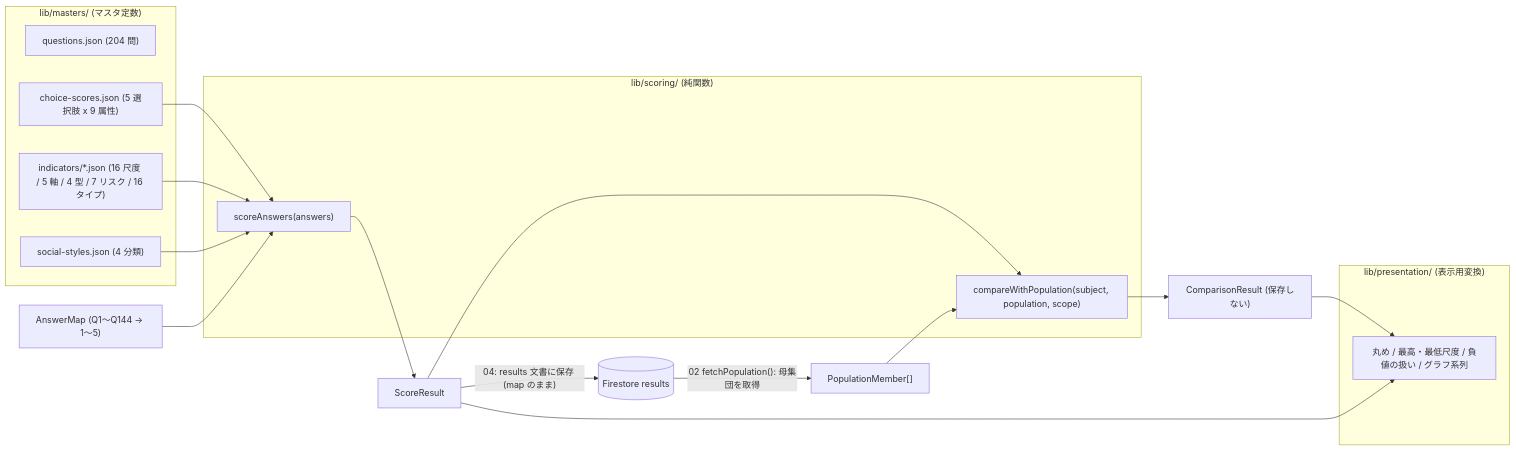
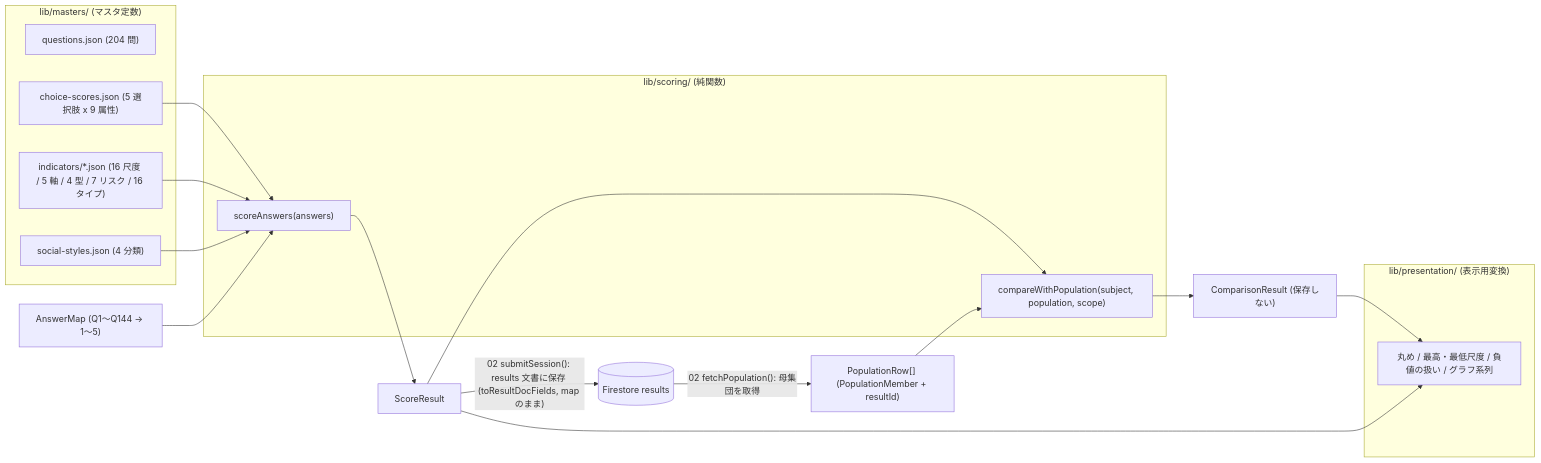
One commit to tanukichiyamaguchi/Tekisei-Kensa changed the first of 2 diagrams in docs/基本設計/03_採点エンジン設計.md. Above: the diagram before and after it, drawn with Mermaid. The commit also changed other lines of this file and 10 other files, not shown here.

````diff
--- a/docs/基本設計/03_採点エンジン設計.md
+++ b/docs/基本設計/03_採点エンジン設計.md
@@ -49,28 +49,28 @@
 ```mermaid
 flowchart LR
     subgraph masters["lib/masters/ (マスタ定数)"]
         Q["questions.json (204 問)"]
         CS["choice-scores.json (5 選択肢 x 9 属性)"]
         IND["indicators/*.json (16 尺度 / 5 軸 / 4 型 / 7 リスク / 16 タイプ)"]
         SS["social-styles.json (4 分類)"]
     end
     subgraph scoring["lib/scoring/ (純関数)"]
         SA["scoreAnswers(answers)"]
         CW["compareWithPopulation(subject, population, scope)"]
     end
     subgraph presentation["lib/presentation/ (表示用変換)"]
         PR["丸め / 最高・最低尺度 / 負値の扱い / グラフ系列"]
     end
     A["AnswerMap (Q1〜Q144 → 1〜5)"] --> SA
     CS --> SA
     IND --> SA
     SS --> SA
     SA --> R["ScoreResult"]
-    R -->|"04: results 文書に保存 (map のまま)"| DB[("Firestore results")]
-    DB -->|"02 fetchPopulation(): 母集団を取得"| P["PopulationMember[]"]
+    R -->|"02 submitSession(): results 文書に保存 (toResultDocFields, map のまま)"| DB[("Firestore results")]
+    DB -->|"02 fetchPopulation(): 母集団を取得"| P["PopulationRow[] (PopulationMember + resultId)"]
     R --> CW
     P --> CW
     CW --> C["ComparisonResult (保存しない)"]
     R --> PR
     C --> PR
 ```
````
